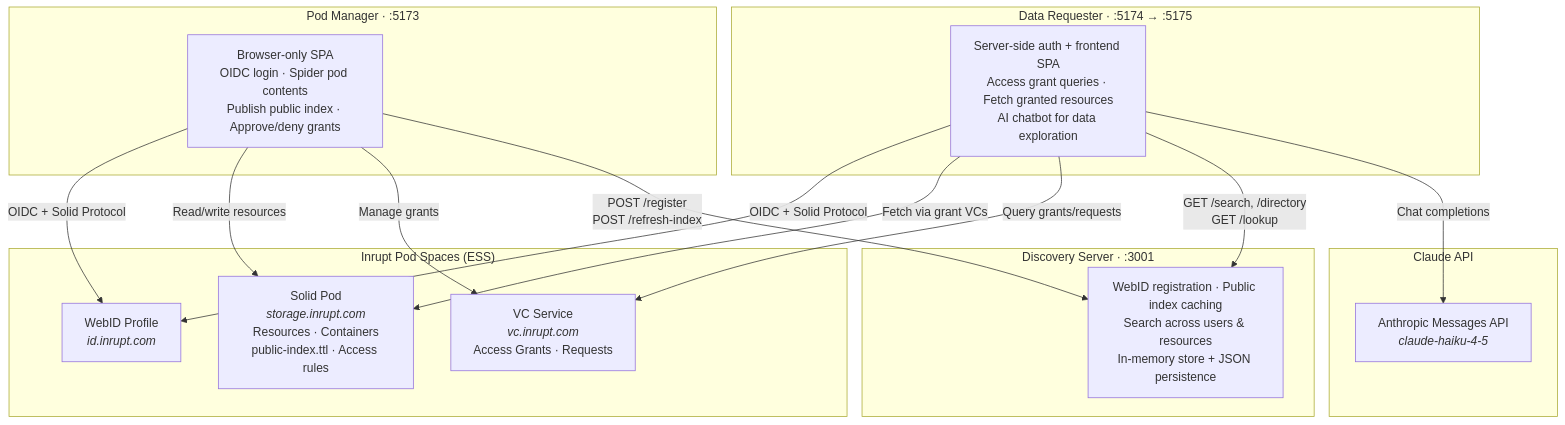
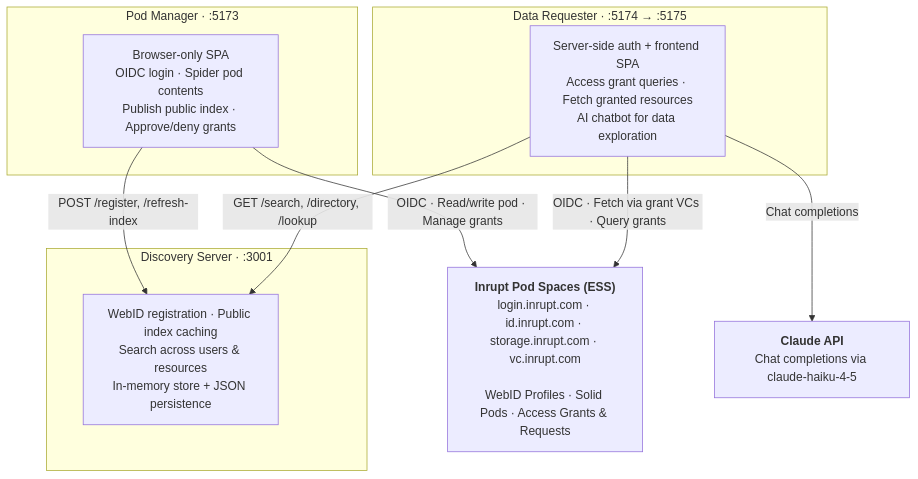
One commit to inrupt-sandbox/solid-sandbox-apps changed the diagram in README.md. Above: the diagram before and after it, drawn with Mermaid.

Commit message:
Simplify ESS to single box in architecture diagram

````diff
--- a/README.md
+++ b/README.md
@@ -9,35 +9,24 @@
 ```mermaid
 graph TB
-    subgraph ESS["Inrupt Pod Spaces (ESS)"]
-        WebID["WebID Profile<br/><i>id.inrupt.com</i>"]
-        Pod["Solid Pod<br/><i>storage.inrupt.com</i><br/>Resources · Containers<br/>public-index.ttl · Access rules"]
-        VC["VC Service<br/><i>vc.inrupt.com</i><br/>Access Grants · Requests"]
-    end
-
-    subgraph Claude["Claude API"]
-        AI["Anthropic Messages API<br/><i>claude-haiku-4-5</i>"]
-    end
+    ESS["<b>Inrupt Pod Spaces (ESS)</b><br/>login.inrupt.com · id.inrupt.com · storage.inrupt.com · vc.inrupt.com<br/><br/>WebID Profiles · Solid Pods · Access Grants &amp; Requests"]
+    AI["<b>Claude API</b><br/>Chat completions via claude-haiku-4-5"]
 
     subgraph PM["Pod Manager · :5173"]
         PM_desc["Browser-only SPA<br/>OIDC login · Spider pod contents<br/>Publish public index · Approve/deny grants"]
     end
 
     subgraph DR["Data Requester · :5174 → :5175"]
         DR_desc["Server-side auth + frontend SPA<br/>Access grant queries · Fetch granted resources<br/>AI chatbot for data exploration"]
     end
 
     subgraph DS["Discovery Server · :3001"]
         DS_desc["WebID registration · Public index caching<br/>Search across users & resources<br/>In-memory store + JSON persistence"]
     end
 
-    PM_desc -- "OIDC + Solid Protocol" --> WebID
-    PM_desc -- "Read/write resources" --> Pod
-    PM_desc -- "Manage grants" --> VC
-    PM_desc -- "POST /register<br/>POST /refresh-index" --> DS_desc
+    PM_desc -- "OIDC · Read/write pod · Manage grants" --> ESS
+    PM_desc -- "POST /register, /refresh-index" --> DS_desc
 
-    DR_desc -- "OIDC + Solid Protocol" --> WebID
-    DR_desc -- "Fetch via grant VCs" --> Pod
-    DR_desc -- "Query grants/requests" --> VC
-    DR_desc -- "GET /search, /directory<br/>GET /lookup" --> DS_desc
+    DR_desc -- "OIDC · Fetch via grant VCs · Query grants" --> ESS
+    DR_desc -- "GET /search, /directory, /lookup" --> DS_desc
     DR_desc -- "Chat completions" --> AI
 ```
````
